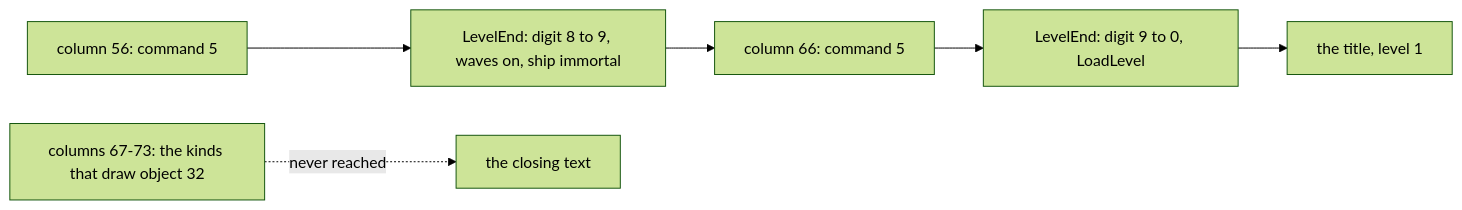
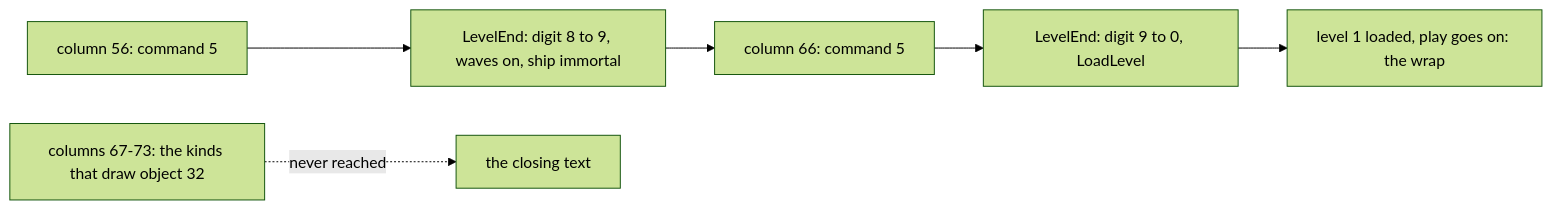
The fourth of 4 diagrams in games/r-type/docs/08-hud-and-text.md (alfishe/unrealng-reverse-cases), drawn with Mermaid (forest theme) before and after one commit. The commit also changed other lines of this file and 31 other files, not shown here.

````diff
--- a/games/r-type/docs/08-hud-and-text.md
+++ b/games/r-type/docs/08-hud-and-text.md
@@ -581,8 +583,8 @@
 ```mermaid
 flowchart LR
     C56["column 56: command 5"] --> E8["LevelEnd: digit 8 to 9, waves on, ship immortal"]
     E8 --> C66["column 66: command 5"]
     C66 --> E9["LevelEnd: digit 9 to 0, LoadLevel"]
-    E9 --> T["the title, level 1"]
+    E9 --> W["level 1 loaded, play goes on: the wrap"]
     C67["columns 67-73: the kinds that draw object 32"] -.->|"never reached"| X["the closing text"]
 ```
````
